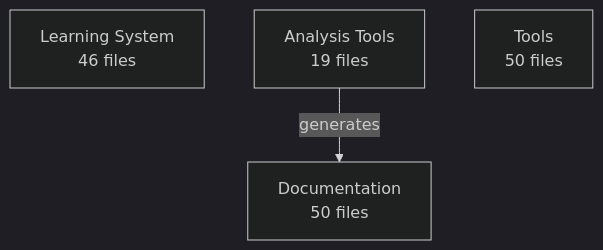
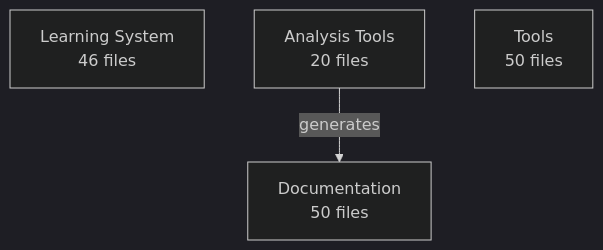
The diagram in docs/data/architecture/architecture.mmd (enufacas/Chained), drawn with Mermaid (dark theme) before and after one commit. The commit also changed 6 other files, not shown here.

First line of the commit message:
🏗️ Update architecture evolution tracking

```diff
--- a/docs/data/architecture/architecture.mmd
+++ b/docs/data/architecture/architecture.mmd
@@ -1,6 +1,6 @@
 graph TD
     learning_system[Learning System<br/>46 files]
-    analysis_tools[Analysis Tools<br/>19 files]
+    analysis_tools[Analysis Tools<br/>20 files]
     documentation[Documentation<br/>50 files]
     tools[Tools<br/>50 files]
     analysis_tools -->|generates| documentation
```
